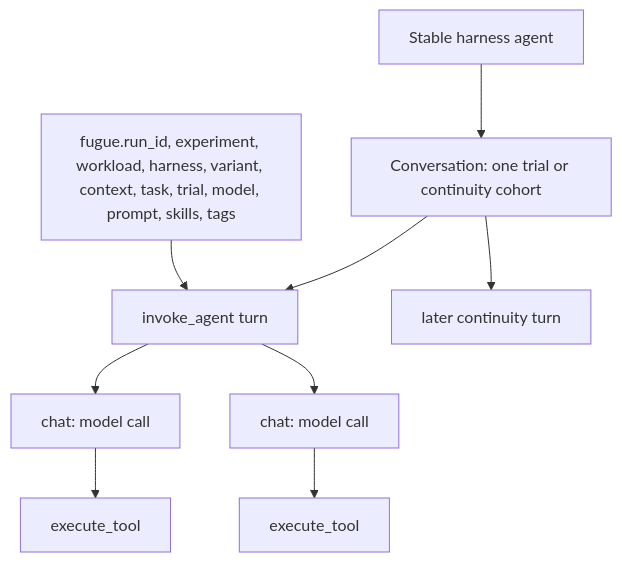
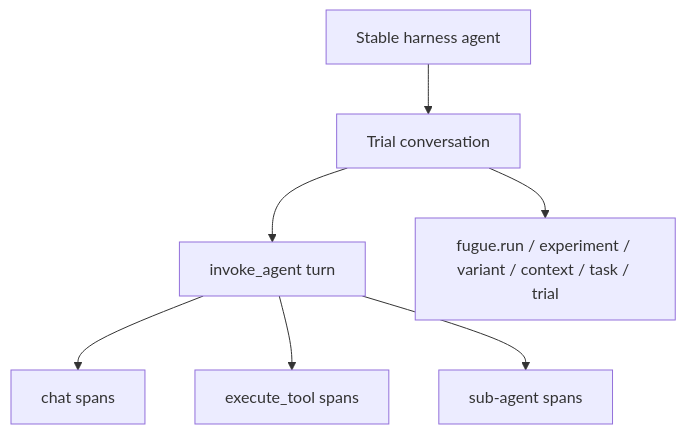
One commit to ash0ts/fugue changed the seventh of 7 diagrams in README.md. Above: the diagram before and after it, drawn with Mermaid. The commit also changed other lines of this file and 38 other files, not shown here.

````diff
--- a/README.md
+++ b/README.md
@@ -651,12 +325,9 @@
 ```mermaid
-flowchart TB
-    AGENT["Stable harness agent"] --> CONV["Conversation: one trial or continuity cohort"]
-    CONV --> TURN1["invoke_agent turn"]
-    CONV --> TURN2["later continuity turn"]
-    TURN1 --> LLM1["chat: model call"]
-    TURN1 --> LLM2["chat: model call"]
-    LLM1 --> TOOL1["execute_tool"]
-    LLM2 --> TOOL2["execute_tool"]
-
-    ATTRS["fugue.run_id, experiment, workload, harness, variant, context, task, trial, model, prompt, skills, tags"] --> TURN1
+flowchart TD
+    AGENT["Stable harness agent"] --> CONV["Trial conversation"]
+    CONV --> TURN["invoke_agent turn"]
+    TURN --> CHAT["chat spans"]
+    TURN --> TOOL["execute_tool spans"]
+    TURN --> SUB["sub-agent spans"]
+    CONV --> ATTR["fugue.run / experiment / variant / context / task / trial"]
 ```
````
